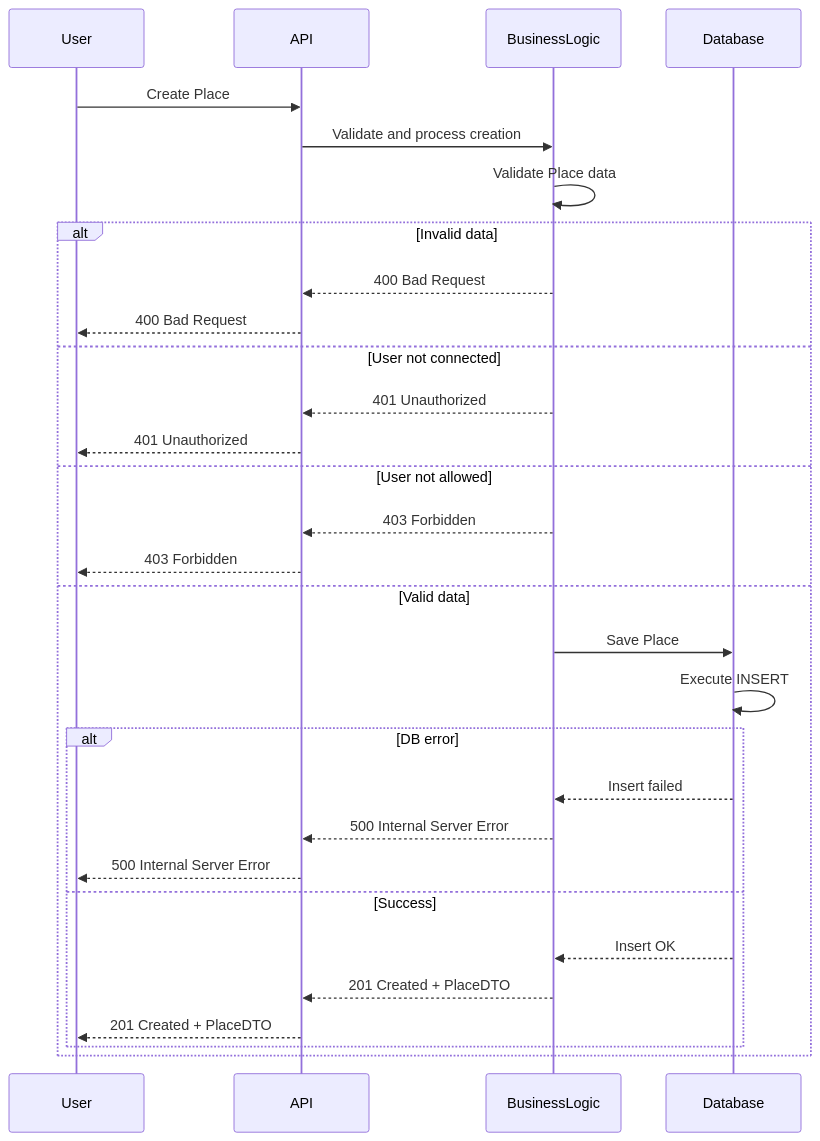
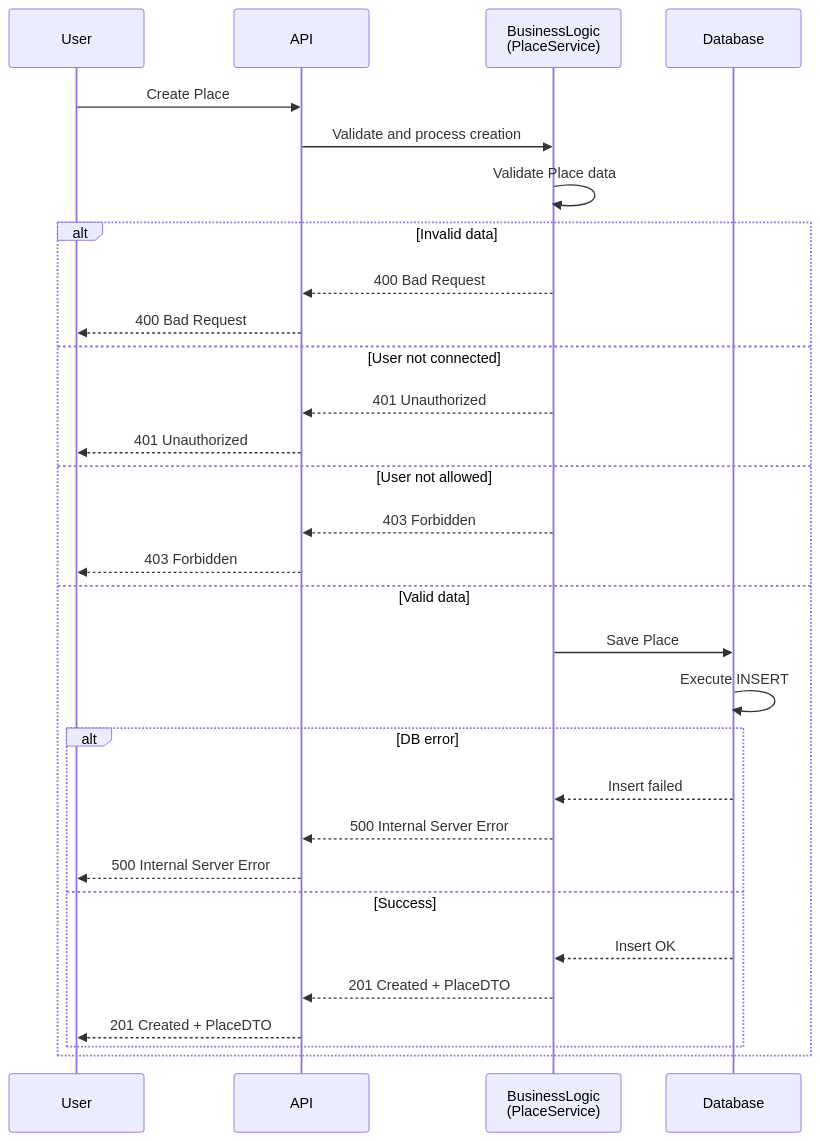
Before and after one commit to AdeleM-prog/holbertonschool-hbnb: the second of 4 diagrams in part1/SequenceDiagrams.md, drawn with Mermaid. The commit also changed other lines of this file, not shown here.

Commit message:
Refactor sequence diagrams for clarity and consistency

````diff
--- a/part1/SequenceDiagrams.md
+++ b/part1/SequenceDiagrams.md
@@ -64,40 +64,40 @@
 ```mermaid
 sequenceDiagram
 
 participant User
 participant API
-participant BusinessLogic
-participant Database
+participant BL as BusinessLogic<br/>(PlaceService)
+participant DB as Database
 
 User->>API: Create Place
-API->>BusinessLogic: Validate and process creation
-BusinessLogic->>BusinessLogic: Validate Place data
+API->>BL: Validate and process creation
+BL->>BL: Validate Place data
 
 alt Invalid data
-    BusinessLogic-->>API: 400 Bad Request
+    BL-->>API: 400 Bad Request
     API-->>User: 400 Bad Request
 
 else User not connected
-    BusinessLogic-->>API: 401 Unauthorized
+    BL-->>API: 401 Unauthorized
     API-->>User: 401 Unauthorized
 
 else User not allowed
-    BusinessLogic-->>API: 403 Forbidden
+    BL-->>API: 403 Forbidden
     API-->>User: 403 Forbidden
 
 else Valid data
-    BusinessLogic->>Database: Save Place
-    Database->>Database: Execute INSERT
+    BL->>DB: Save Place
+    DB->>DB: Execute INSERT
 
     alt DB error
-        Database-->>BusinessLogic: Insert failed
-        BusinessLogic-->>API: 500 Internal Server Error
+        DB-->>BL: Insert failed
+        BL-->>API: 500 Internal Server Error
         API-->>User: 500 Internal Server Error
     
     else Success
-        Database-->>BusinessLogic: Insert OK
-        BusinessLogic-->>API: 201 Created + PlaceDTO
+        DB-->>BL: Insert OK
+        BL-->>API: 201 Created + PlaceDTO
         API-->>User: 201 Created + PlaceDTO
     end
 end
 ```
````
